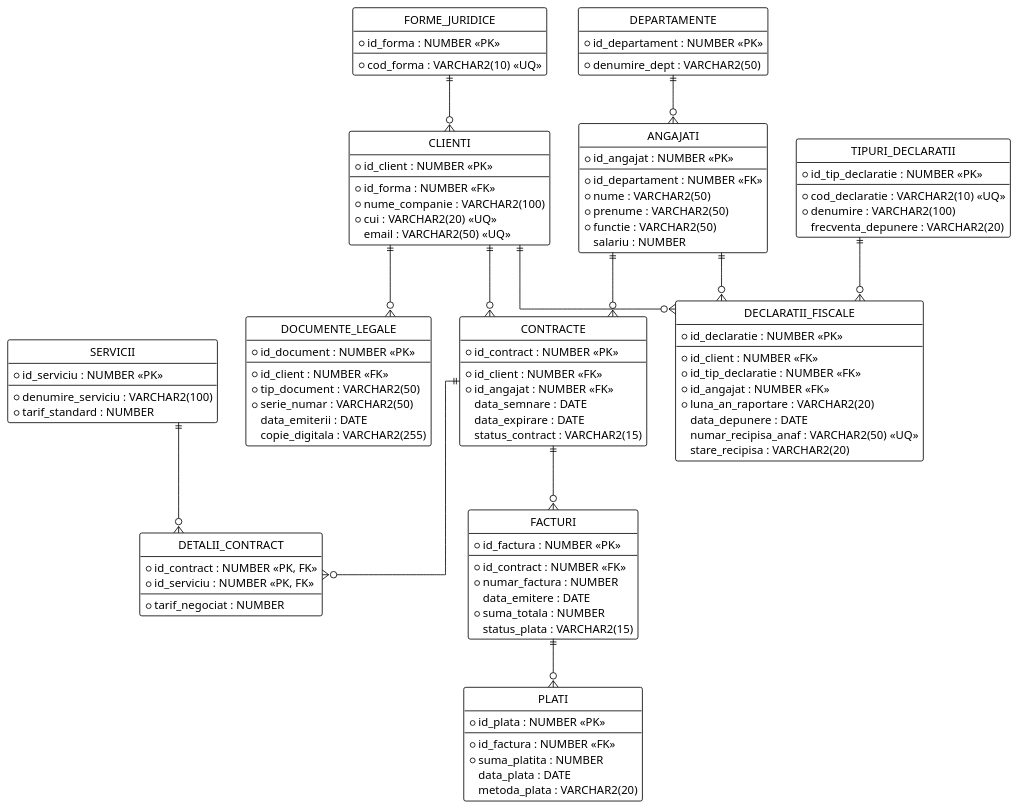
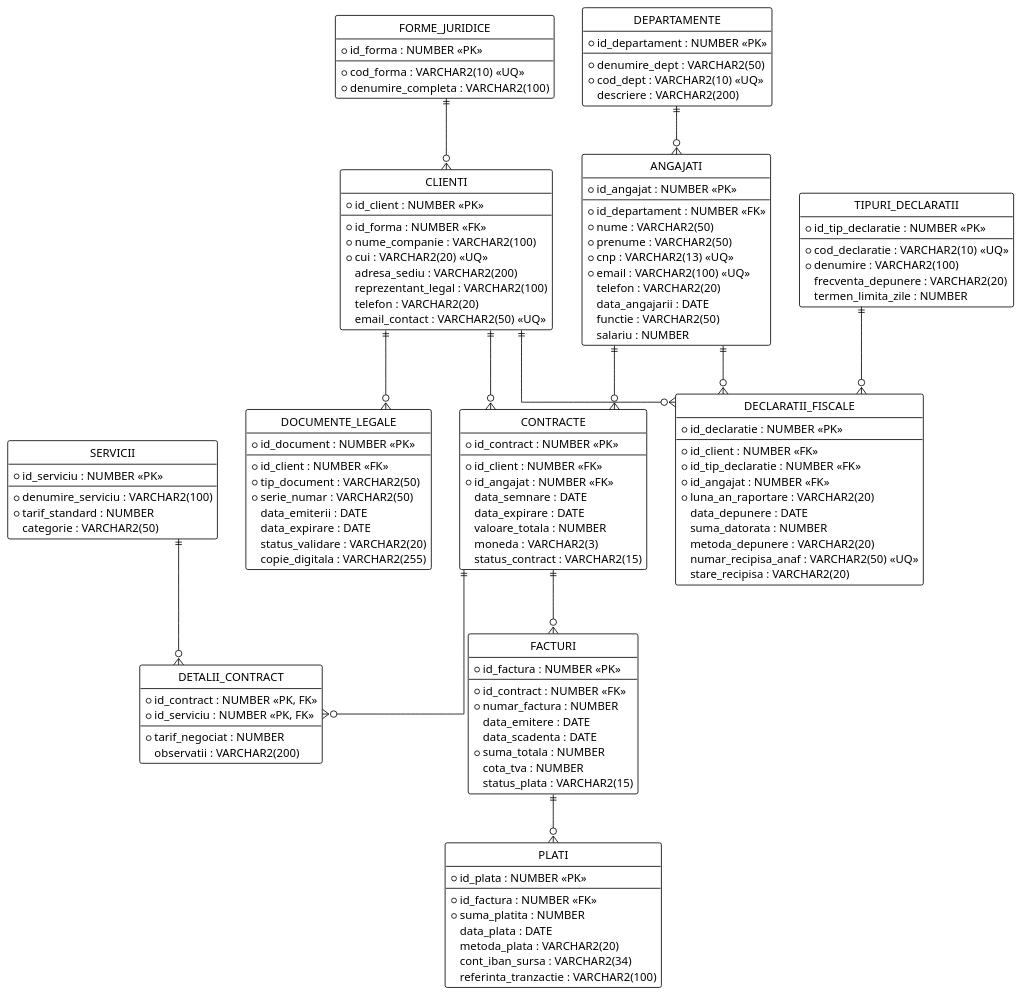
Before and after one commit to costitza/bd-accountcompany: the diagram in diagrama-er.puml, drawn with PlantUML.

Commit message:
more detalied diagram

```diff
--- a/diagrama-er.puml
+++ b/diagrama-er.puml
@@ -1,131 +1,154 @@
 @startuml erd
 !theme plain
 hide circle
 skinparam linetype ortho
 
 ' Definirea stilului pentru PK si FK
 skinparam class {
     BackgroundColor White
     ArrowColor Black
     BorderColor Black
 }
 
 entity "DEPARTAMENTE" as DEPARTAMENTE {
   * id_departament : NUMBER <<PK>>
   --
   * denumire_dept : VARCHAR2(50)
+  * cod_dept : VARCHAR2(10) <<UQ>>
+    descriere : VARCHAR2(200)
 }
 
 entity "FORME_JURIDICE" as FORME_JURIDICE {
   * id_forma : NUMBER <<PK>>
   --
   * cod_forma : VARCHAR2(10) <<UQ>>
+  * denumire_completa : VARCHAR2(100)
 }
 
 entity "SERVICII" as SERVICII {
   * id_serviciu : NUMBER <<PK>>
   --
   * denumire_serviciu : VARCHAR2(100)
   * tarif_standard : NUMBER
+    categorie : VARCHAR2(50)
 }
 
 entity "TIPURI_DECLARATII" as TIPURI_DECLARATII {
   * id_tip_declaratie : NUMBER <<PK>>
   --
   * cod_declaratie : VARCHAR2(10) <<UQ>>
   * denumire : VARCHAR2(100)
     frecventa_depunere : VARCHAR2(20)
+    termen_limita_zile : NUMBER
 }
 
 entity "ANGAJATI" as ANGAJATI {
   * id_angajat : NUMBER <<PK>>
   --
   * id_departament : NUMBER <<FK>>
   * nume : VARCHAR2(50)
   * prenume : VARCHAR2(50)
-  * functie : VARCHAR2(50)
+  * cnp : VARCHAR2(13) <<UQ>>
+  * email : VARCHAR2(100) <<UQ>>
+    telefon : VARCHAR2(20)
+    data_angajarii : DATE
+    functie : VARCHAR2(50)
     salariu : NUMBER
 }
 
 entity "CLIENTI" as CLIENTI {
   * id_client : NUMBER <<PK>>
   --
   * id_forma : NUMBER <<FK>>
   * nume_companie : VARCHAR2(100)
   * cui : VARCHAR2(20) <<UQ>>
-    email : VARCHAR2(50) <<UQ>>
+    adresa_sediu : VARCHAR2(200)
+    reprezentant_legal : VARCHAR2(100)
+    telefon : VARCHAR2(20)
+    email_contact : VARCHAR2(50) <<UQ>>
 }
 
 entity "DOCUMENTE_LEGALE" as DOCUMENTE_LEGALE {
   * id_document : NUMBER <<PK>>
   --
   * id_client : NUMBER <<FK>>
   * tip_document : VARCHAR2(50)
   * serie_numar : VARCHAR2(50)
     data_emiterii : DATE
+    data_expirare : DATE
+    status_validare : VARCHAR2(20)
     copie_digitala : VARCHAR2(255)
 }
 
 entity "CONTRACTE" as CONTRACTE {
   * id_contract : NUMBER <<PK>>
   --
   * id_client : NUMBER <<FK>>
   * id_angajat : NUMBER <<FK>>
     data_semnare : DATE
     data_expirare : DATE
+    valoare_totala : NUMBER
+    moneda : VARCHAR2(3)
     status_contract : VARCHAR2(15)
 }
 
 entity "DETALII_CONTRACT" as DETALII_CONTRACT {
   * id_contract : NUMBER <<PK, FK>>
   * id_serviciu : NUMBER <<PK, FK>>
   --
   * tarif_negociat : NUMBER
+    observatii : VARCHAR2(200)
 }
 
 entity "FACTURI" as FACTURI {
   * id_factura : NUMBER <<PK>>
   --
   * id_contract : NUMBER <<FK>>
   * numar_factura : NUMBER
     data_emitere : DATE
+    data_scadenta : DATE
   * suma_totala : NUMBER
+    cota_tva : NUMBER
     status_plata : VARCHAR2(15)
 }
 
 entity "PLATI" as PLATI {
   * id_plata : NUMBER <<PK>>
   --
   * id_factura : NUMBER <<FK>>
   * suma_platita : NUMBER
     data_plata : DATE
     metoda_plata : VARCHAR2(20)
+    cont_iban_sursa : VARCHAR2(34)
+    referinta_tranzactie : VARCHAR2(100)
 }
 
 entity "DECLARATII_FISCALE" as DECLARATII_FISCALE {
   * id_declaratie : NUMBER <<PK>>
   --
   * id_client : NUMBER <<FK>>
   * id_tip_declaratie : NUMBER <<FK>>
   * id_angajat : NUMBER <<FK>>
   * luna_an_raportare : VARCHAR2(20)
     data_depunere : DATE
+    suma_datorata : NUMBER
+    metoda_depunere : VARCHAR2(20)
     numar_recipisa_anaf : VARCHAR2(50) <<UQ>>
     stare_recipisa : VARCHAR2(20)
 }
 
 ' Relatiile logice
 DEPARTAMENTE ||--o{ ANGAJATI
 FORME_JURIDICE ||--o{ CLIENTI
 CLIENTI ||--o{ DOCUMENTE_LEGALE
 CLIENTI ||--o{ CONTRACTE
 ANGAJATI ||--o{ CONTRACTE
 CONTRACTE ||--o{ DETALII_CONTRACT
 SERVICII ||--o{ DETALII_CONTRACT
 CONTRACTE ||--o{ FACTURI
 FACTURI ||--o{ PLATI
 CLIENTI ||--o{ DECLARATII_FISCALE
 TIPURI_DECLARATII ||--o{ DECLARATII_FISCALE
 ANGAJATI ||--o{ DECLARATII_FISCALE
 
 @enduml
```
